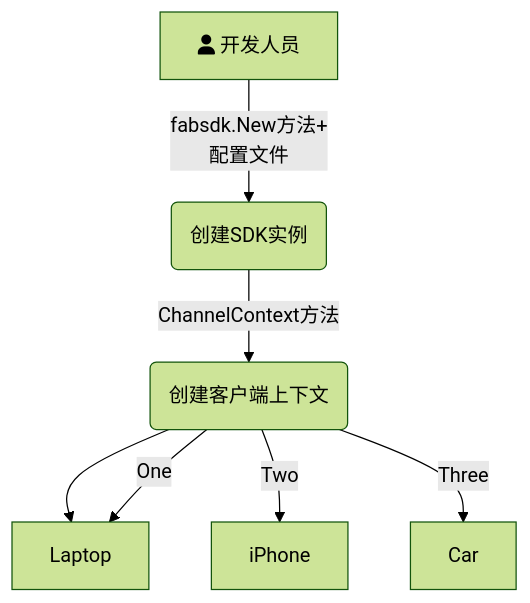
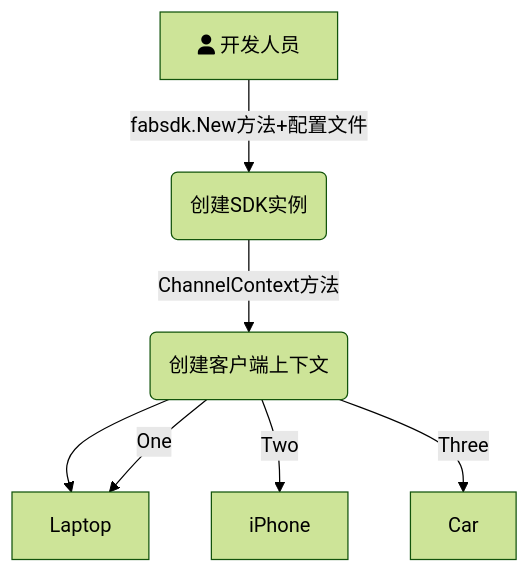
Before and after one commit to Utekichan/iodraw-files: the diagram in all/未命名.md, drawn with Mermaid (forest theme).

Commit message:
2024-03-30 22:12:23 update

````diff
--- a/all/未命名.md
+++ b/all/未命名.md
@@ -1,10 +1,11 @@
 ```mermaid
 graph TD
-    A[fa:fa-user 开发人员] -->|fabsdk.New方法+\n配置文件| B(创建SDK实例)
+    A[fa:fa-user 开发人员] -->|fabsdk.New方法+配置文件| B(创建SDK实例)
     B-->|ChannelContext方法| C(创建客户端上下文)
+    
     C --> D{Select}
     C -->|One| D[Laptop]
     C -->|Two| E[iPhone]
     C -->|Three| F[Car]
   
 ```
````
